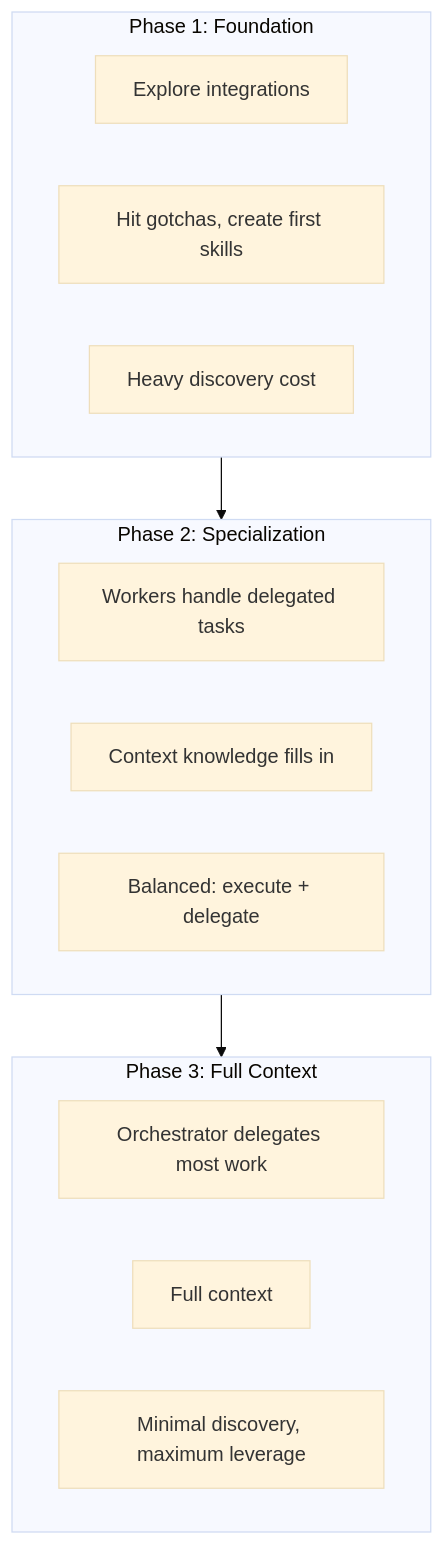
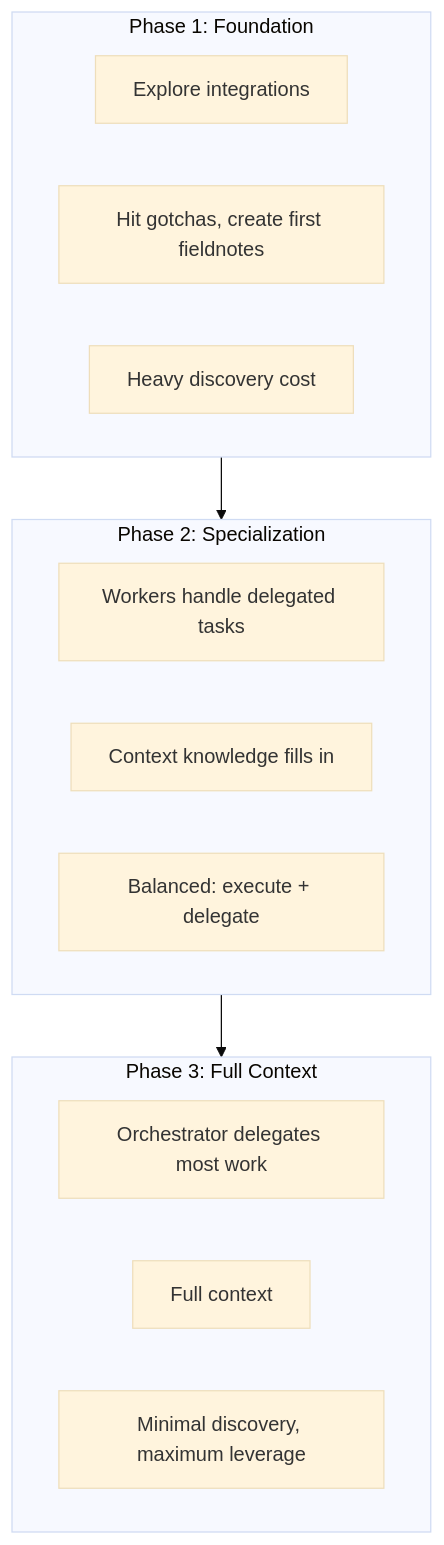
The second of 2 diagrams in docs/concepts/delegation.md (lorehq/lore-docs), drawn with Mermaid (base theme) before and after one commit. The commit also changed other lines of this file and 31 other files, not shown here.

Commit message:
Taxonomy alignment: conventions→rules, gotcha skills→fieldnotes

````diff
--- a/docs/concepts/delegation.md
+++ b/docs/concepts/delegation.md
@@ -46,22 +46,22 @@
 ```mermaid
 flowchart TB
     subgraph P1["Phase 1: Foundation"]
         P1a[Explore integrations]
-        P1b[Hit gotchas, create first skills]
+        P1b[Hit gotchas, create first fieldnotes]
         P1c["Heavy discovery cost"]
     end
 
     subgraph P2["Phase 2: Specialization"]
         P2a[Workers handle delegated tasks]
         P2b[Context knowledge fills in]
         P2c["Balanced: execute + delegate"]
     end
 
     subgraph P3["Phase 3: Full Context"]
         P3a[Orchestrator delegates most work]
         P3b[Full context]
         P3c["Minimal discovery, maximum leverage"]
     end
 
     P1 --> P2 --> P3
 ```
````
